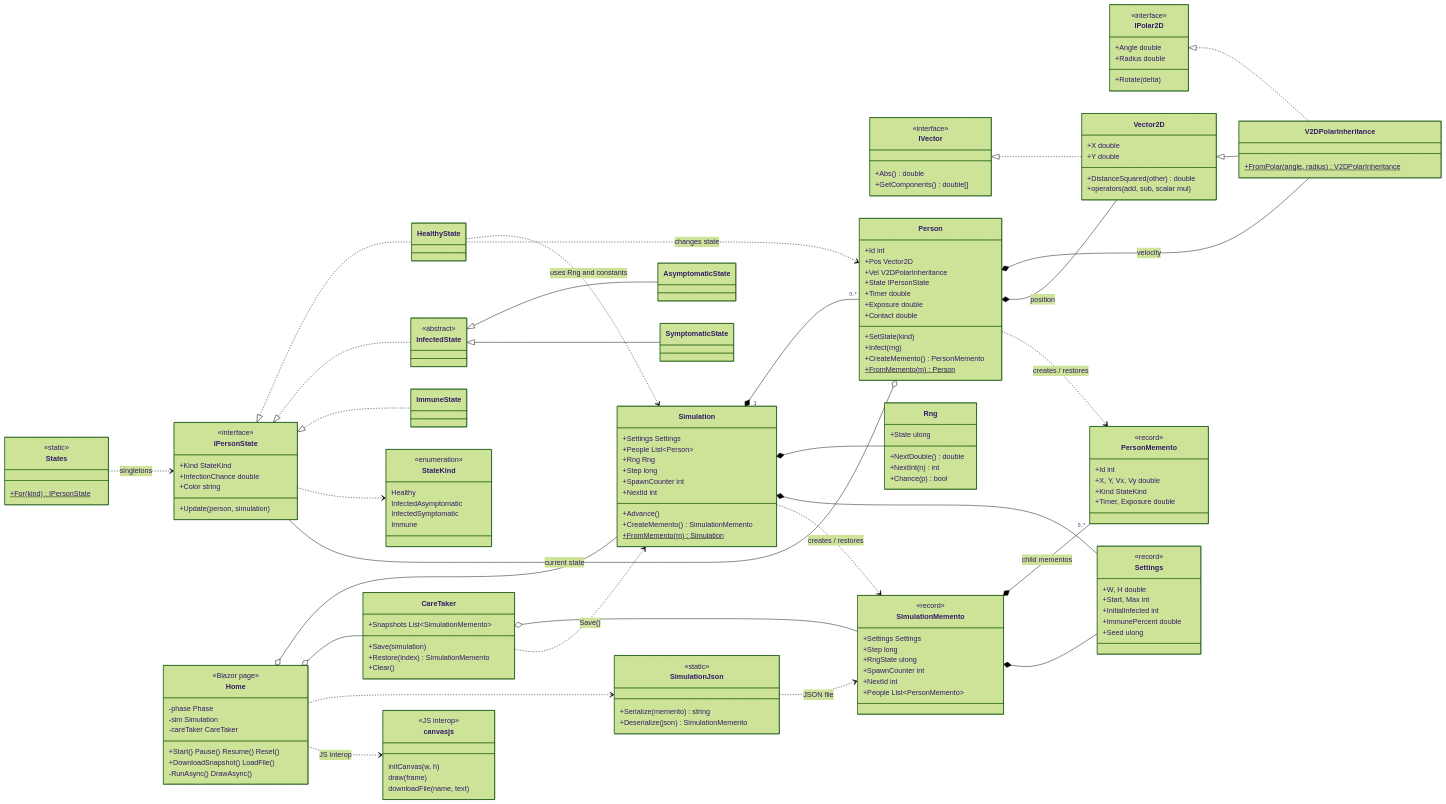
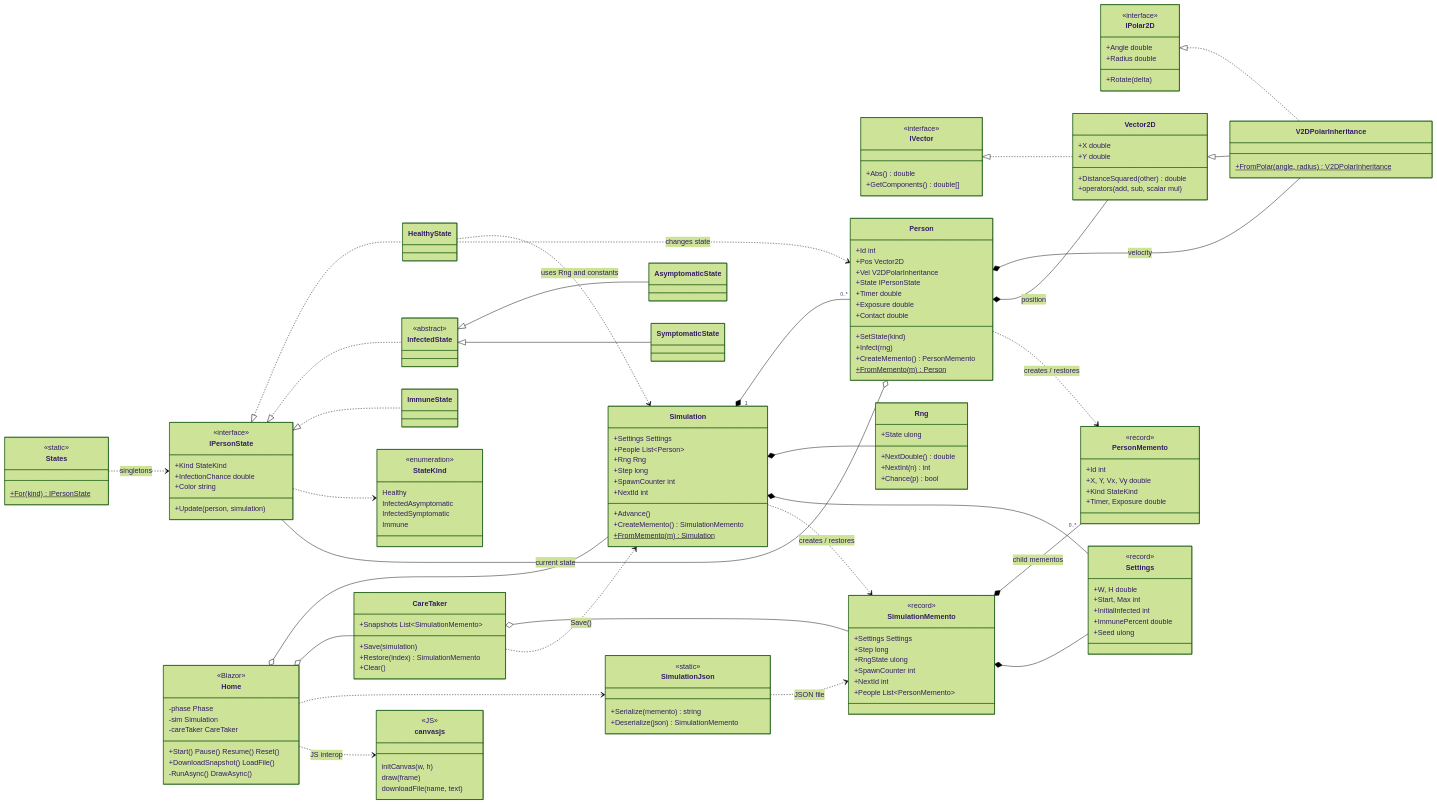
Before and after one commit to vodfsh/PK-TO: the diagram in Solution/Lab3/class-diagram.md, drawn with Mermaid (forest theme). The commit also changed 1 other file, not shown here.

```diff
--- a/Solution/Lab3/class-diagram.md
+++ b/Solution/Lab3/class-diagram.md
@@ -149,7 +149,7 @@
 
     %% ---------- UI ----------
     class Home {
-        <<Blazor page>>
+        <<Blazor>>
         -phase Phase
         -sim Simulation
         -careTaker CareTaker
@@ -158,7 +158,7 @@
         -RunAsync() DrawAsync()
     }
     class canvasjs {
-        <<JS interop>>
+        <<JS>>
         initCanvas(w, h)
         draw(frame)
         downloadFile(name, text)
```
